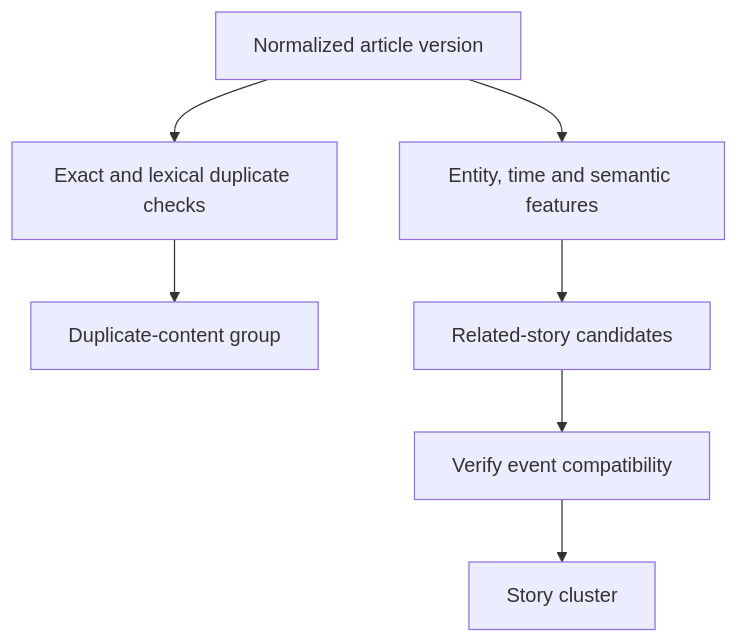
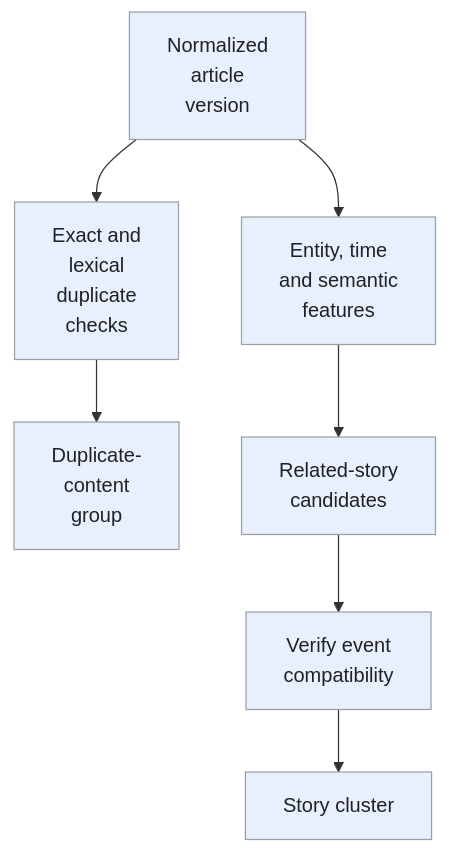
Before and after one commit to iliazlobin/iliazlobin.github.io: the fourth of 5 diagrams in _designs/system-design-google-news.md, drawn with Mermaid. The commit also changed other lines of this file and 131 other files, not shown here.

````diff
--- a/_designs/system-design-google-news.md
+++ b/_designs/system-design-google-news.md
@@ -200,9 +273,13 @@
 ```mermaid
 flowchart TB
-  A["Normalized article version"] --> H["Exact and lexical duplicate checks"]
-  H --> D["Duplicate-content group"]
-  A --> E["Entity, time and semantic features"]
-  E --> C["Related-story candidates"]
-  C --> V["Verify event compatibility"]
+  A["Normalized<br>article<br>version"] --> H["Exact and<br>lexical<br>duplicate<br>checks"]
+  H --> D["Duplicate-<br>content<br>group"]
+  A --> E["Entity, time<br>and semantic<br>features"]
+  E --> C["Related-story<br>candidates"]
+  C --> V["Verify event<br>compatibility"]
   V --> S["Story cluster"]
+  classDef request fill:#e8f0fe,stroke:#9aa0a6,color:#202124,stroke-width:1px
+  classDef background fill:#e6f4ea,stroke:#9aa0a6,color:#202124,stroke-width:1px
+  classDef control fill:#fef7e0,stroke:#9aa0a6,color:#202124,stroke-width:1px
+  class A,H,D,E,C,V,S request
 ```
````
